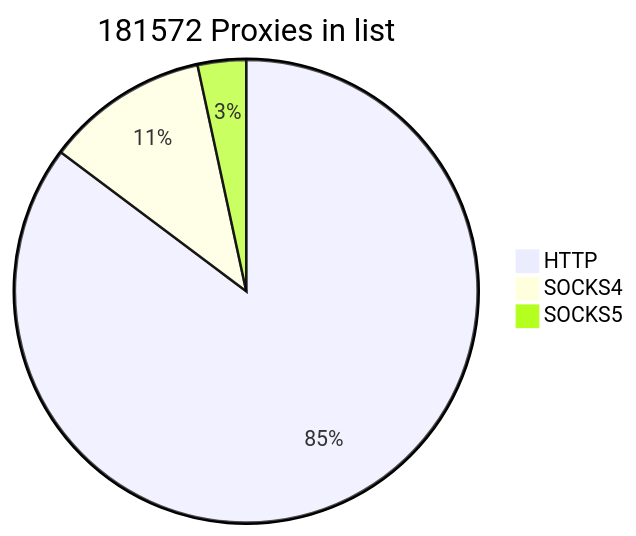
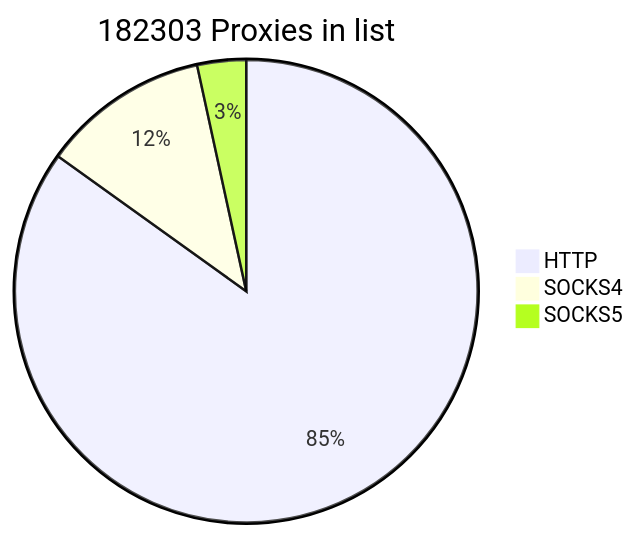
The first of 2 diagrams in README.md (cutipu/proxylist), drawn with Mermaid before and after one commit. The commit also changed other lines of this file, not shown here.

````diff
--- a/README.md
+++ b/README.md
@@ -2,7 +2,7 @@
 ```mermaid
-pie title 181572 Proxies in list
-    "HTTP" : 154766
-    "SOCKS4" : 20671
-    "SOCKS5" : 6135
+pie title 182303 Proxies in list
+    "HTTP" : 154787
+    "SOCKS4" : 21298
+    "SOCKS5" : 6218
             
 ```
````
